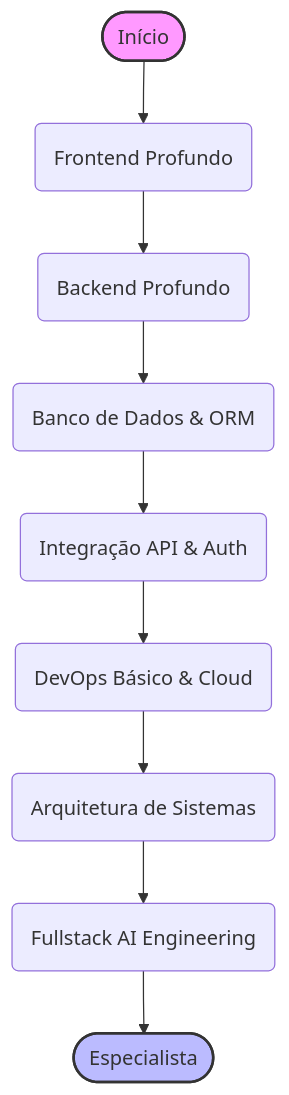
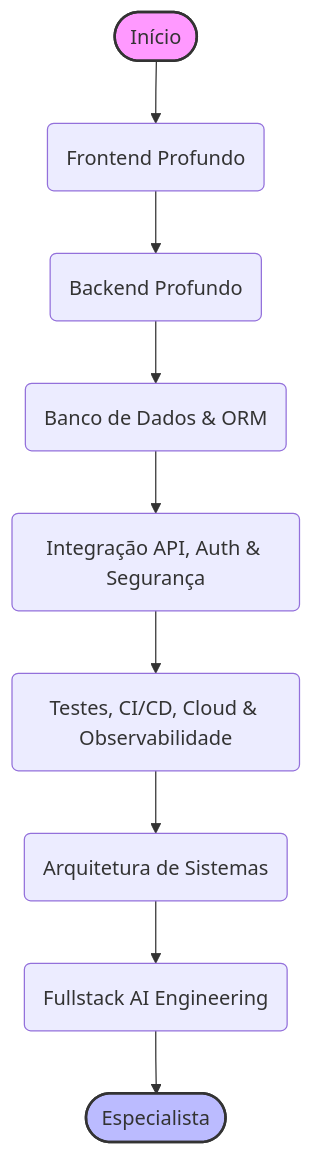
Before and after one commit to juninmd/roadmap-developer: the diagram in roadmaps/fullstack/fullstack.md, drawn with Mermaid. The commit also changed other lines of this file and 22 other files, not shown here.

````diff
--- a/roadmaps/fullstack/fullstack.md
+++ b/roadmaps/fullstack/fullstack.md
@@ -5,14 +5,14 @@
 ```mermaid
 flowchart TD
     Start([Início]) --> Front(Frontend Profundo)
     Front --> Back(Backend Profundo)
     Back --> DB(Banco de Dados & ORM)
-    DB --> Integ(Integração API & Auth)
-    Integ --> DevOps(DevOps Básico & Cloud)
+    DB --> Integ(Integração API, Auth & Segurança)
+    Integ --> DevOps(Testes, CI/CD, Cloud & Observabilidade)
     DevOps --> Arch(Arquitetura de Sistemas)
     Arch --> AI(Fullstack AI Engineering)
     AI --> Spec([Especialista])
 
     style Start fill:#f9f,stroke:#333,stroke-width:2px
     style Spec fill:#bbf,stroke:#333,stroke-width:2px
 ```
````
